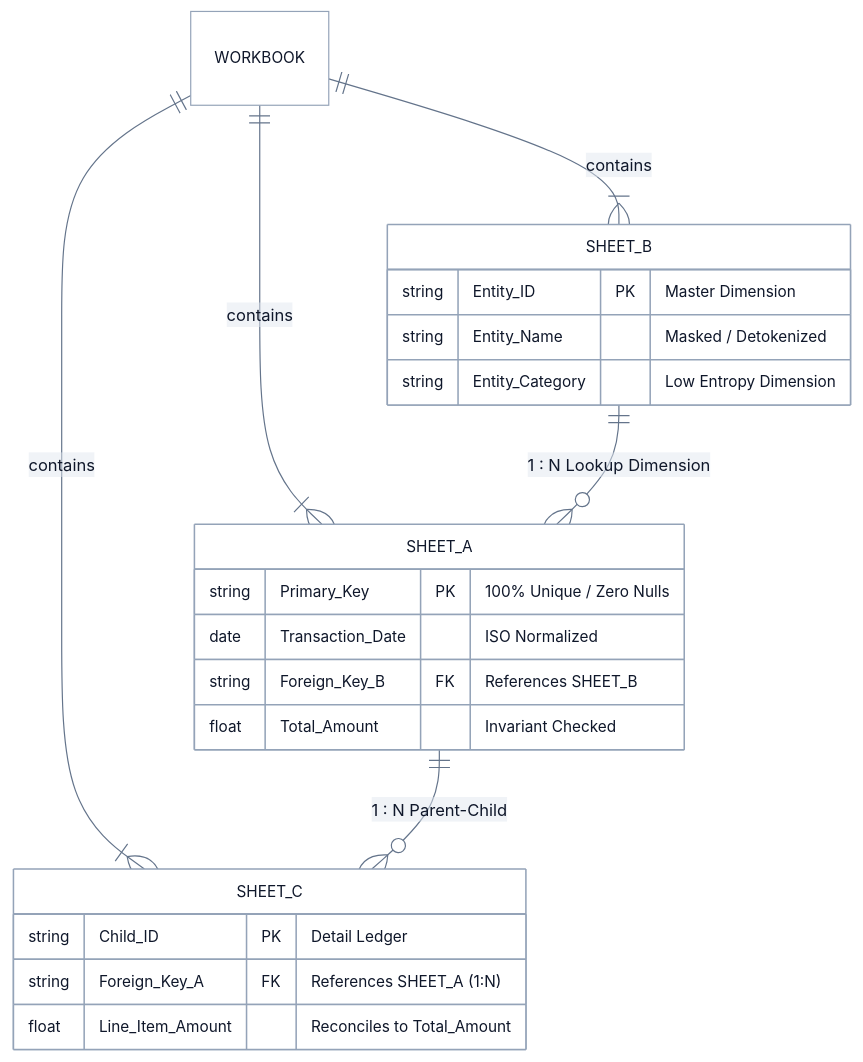
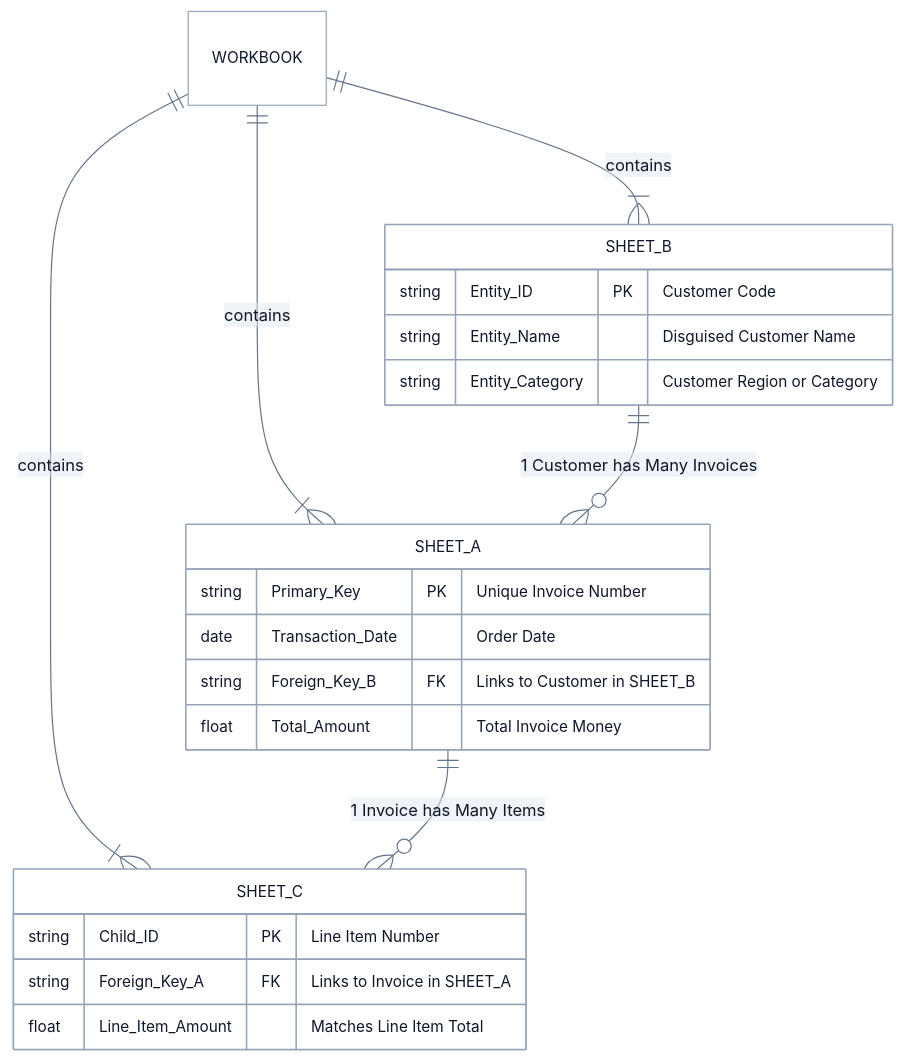
One commit to abdullah-binmadhi/Deepanalyzer-8b changed the third of 4 diagrams in README.md. Above: the diagram before and after it, drawn with Mermaid. The commit also changed other lines of this file and 2 other files, not shown here.

````diff
--- a/README.md
+++ b/README.md
@@ -316,47 +339,47 @@
 ```mermaid
 %%{init: {
   'theme': 'base',
   'themeVariables': {
     'primaryColor': '#f8fafc',
     'primaryTextColor': '#0f172a',
     'primaryBorderColor': '#94a3b8',
     'lineColor': '#64748b',
     'secondaryColor': '#f1f5f9',
     'tertiaryColor': '#e2e8f0',
     'mainBkg': '#ffffff',
     'nodeBorder': '#94a3b8',
     'clusterBkg': '#f8fafc',
     'clusterBorder': '#cbd5e1',
     'titleColor': '#0f172a',
     'edgeLabelBackground': '#ffffff',
     'fontFamily': 'ui-sans-serif, system-ui, -apple-system, BlinkMacSystemFont, Segoe UI, Roboto, sans-serif',
     'fontSize': '13px'
   }
 }}%%
 erDiagram
     WORKBOOK ||--|{ SHEET_A : contains
     WORKBOOK ||--|{ SHEET_B : contains
     WORKBOOK ||--|{ SHEET_C : contains
 
     SHEET_A {
-        string Primary_Key PK "100% Unique / Zero Nulls"
-        date Transaction_Date "ISO Normalized"
-        string Foreign_Key_B FK "References SHEET_B"
-        float Total_Amount "Invariant Checked"
+        string Primary_Key PK "Unique Invoice Number"
+        date Transaction_Date "Order Date"
+        string Foreign_Key_B FK "Links to Customer in SHEET_B"
+        float Total_Amount "Total Invoice Money"
     }
 
     SHEET_B {
-        string Entity_ID PK "Master Dimension"
-        string Entity_Name "Masked / Detokenized"
-        string Entity_Category "Low Entropy Dimension"
+        string Entity_ID PK "Customer Code"
+        string Entity_Name "Disguised Customer Name"
+        string Entity_Category "Customer Region or Category"
     }
 
     SHEET_C {
-        string Child_ID PK "Detail Ledger"
-        string Foreign_Key_A FK "References SHEET_A (1:N)"
-        float Line_Item_Amount "Reconciles to Total_Amount"
+        string Child_ID PK "Line Item Number"
+        string Foreign_Key_A FK "Links to Invoice in SHEET_A"
+        float Line_Item_Amount "Matches Line Item Total"
     }
 
-    SHEET_A ||--o{ SHEET_C : "1 : N Parent-Child"
-    SHEET_B ||--o{ SHEET_A : "1 : N Lookup Dimension"
+    SHEET_A ||--o{ SHEET_C : "1 Invoice has Many Items"
+    SHEET_B ||--o{ SHEET_A : "1 Customer has Many Invoices"
 ```
````
